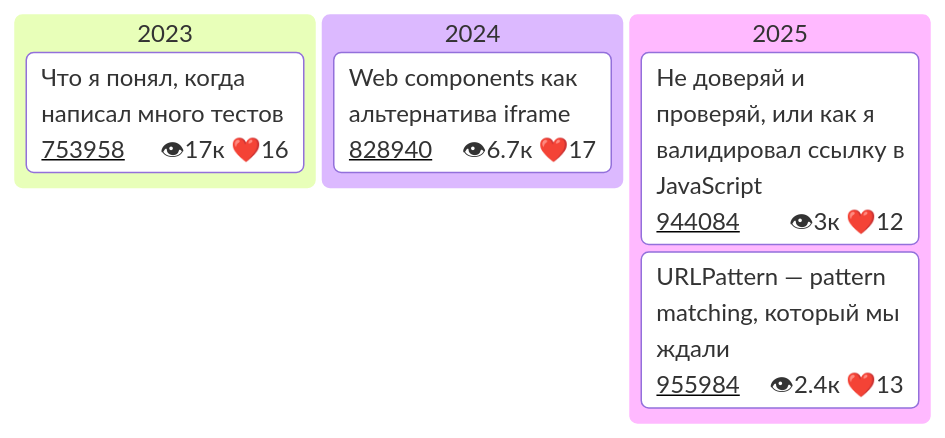
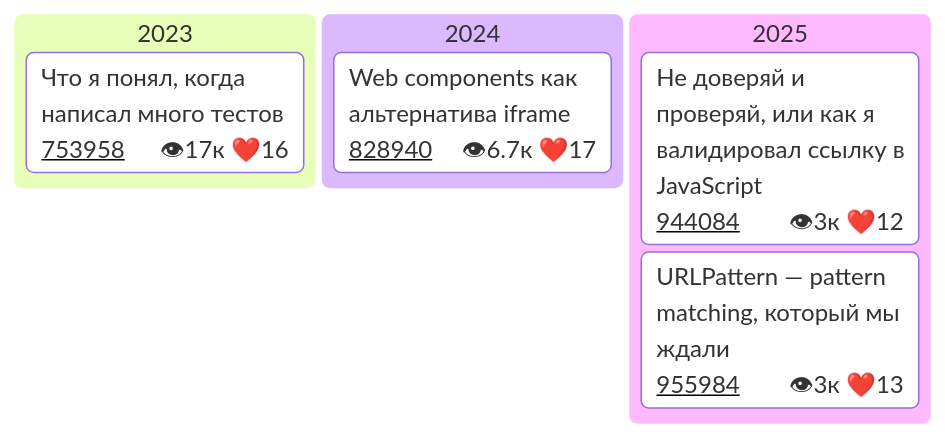
One commit to Goodzonchik/Goodzonchik changed the fourth of 4 diagrams in README.md. Above: the diagram before and after it, drawn with Mermaid.

````diff
--- a/README.md
+++ b/README.md
@@ -51,28 +51,28 @@
 ```mermaid
 ---
 config:
   kanban:
     ticketBaseUrl: 'https://habr.com/ru/companies/tbank/articles/#TICKET#'
 
 ---
 kanban
   2023
     card1["Что я понял, когда написал много тестов"]@{
       ticket: 753958
       assigned: 👁17к ❤️16
     }
   2024
     card2["Web components как альтернатива iframe"]@{
       ticket: 828940
       assigned: 👁6.7к ❤️17
     }
   2025
     card3["Не доверяй и проверяй, или как я валидировал ссылку в JavaScript"]@{
       ticket: 944084
       assigned: 👁3к ❤️12
     }
    card4["URLPattern — pattern matching, который мы ждали"]@{
       ticket: 955984
-      assigned: 👁2.4к ❤️13
+      assigned: 👁3к ❤️13
     }
 ```
````
